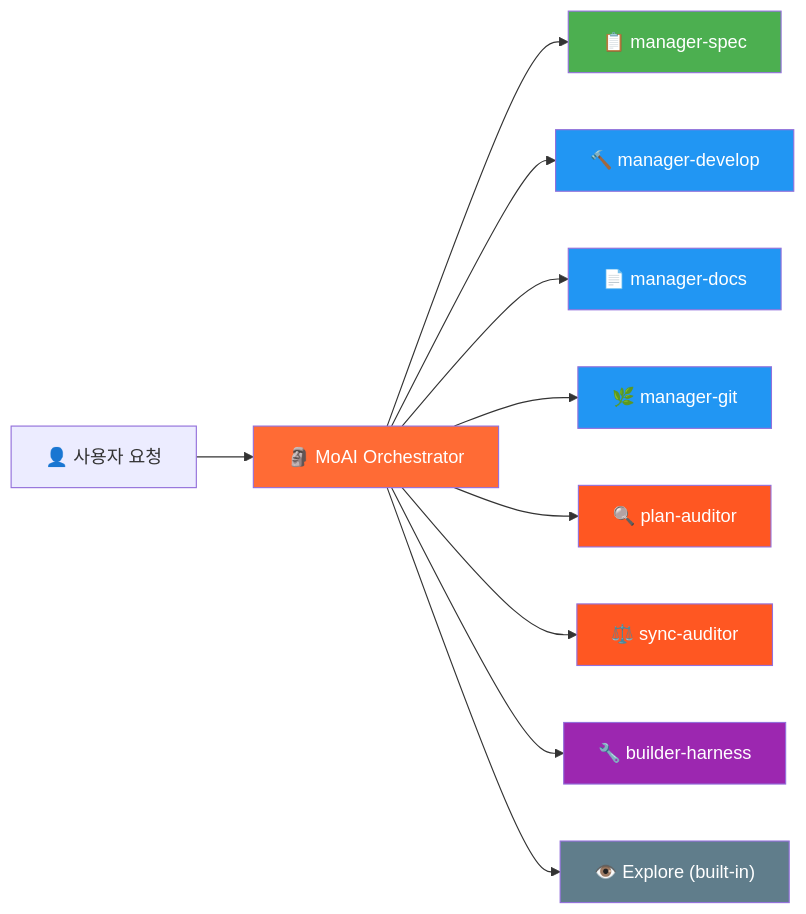
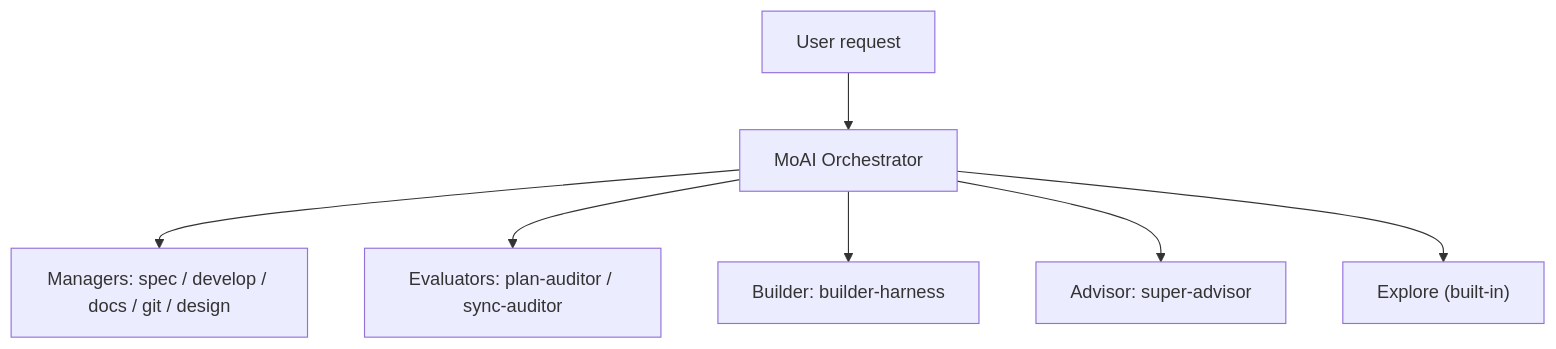
Before and after one commit to modu-ai/moai-adk: the third of 5 diagrams in README.ko.md, drawn with Mermaid. The commit also changed other lines of this file and 395 other files, not shown here.

````diff
--- a/README.ko.md
+++ b/README.ko.md
@@ -300,23 +370,9 @@
 ```mermaid
-graph LR
-    U["👤 사용자 요청"] --> M["🗿 MoAI Orchestrator"]
-
-    M --> MS["📋 manager-spec"]
-    M --> MD["🔨 manager-develop"]
-    M --> MDoc["📄 manager-docs"]
-    M --> MG["🌿 manager-git"]
-    M --> PA["🔍 plan-auditor"]
-    M --> SA["⚖️ sync-auditor"]
-    M --> BH["🔧 builder-harness"]
-    M --> EX["👁️ Explore (built-in)"]
-
-    style M fill:#FF6B35,color:#fff
-    style MS fill:#4CAF50,color:#fff
-    style MD fill:#2196F3,color:#fff
-    style MDoc fill:#2196F3,color:#fff
-    style MG fill:#2196F3,color:#fff
-    style PA fill:#FF5722,color:#fff
-    style SA fill:#FF5722,color:#fff
-    style BH fill:#9C27B0,color:#fff
-    style EX fill:#607D8B,color:#fff
+flowchart TD
+    U["User request"] --> M["MoAI Orchestrator"]
+    M --> MG1["Managers: spec / develop / docs / git / design"]
+    M --> EV["Evaluators: plan-auditor / sync-auditor"]
+    M --> BD["Builder: builder-harness"]
+    M --> AD["Advisor: super-advisor"]
+    M --> EX["Explore (built-in)"]
 ```
````
